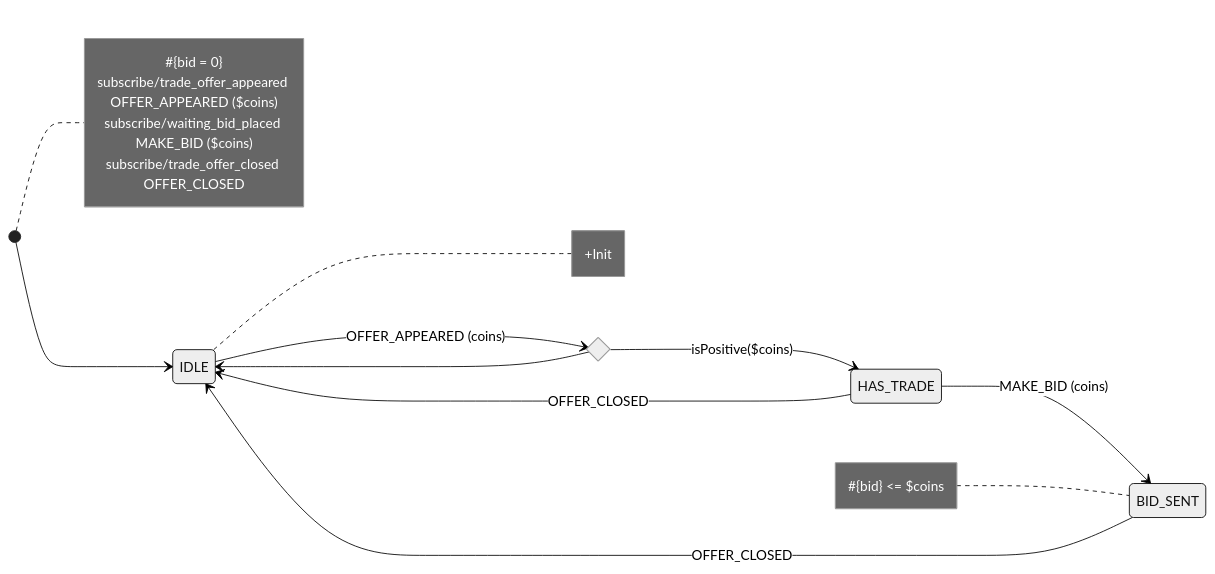
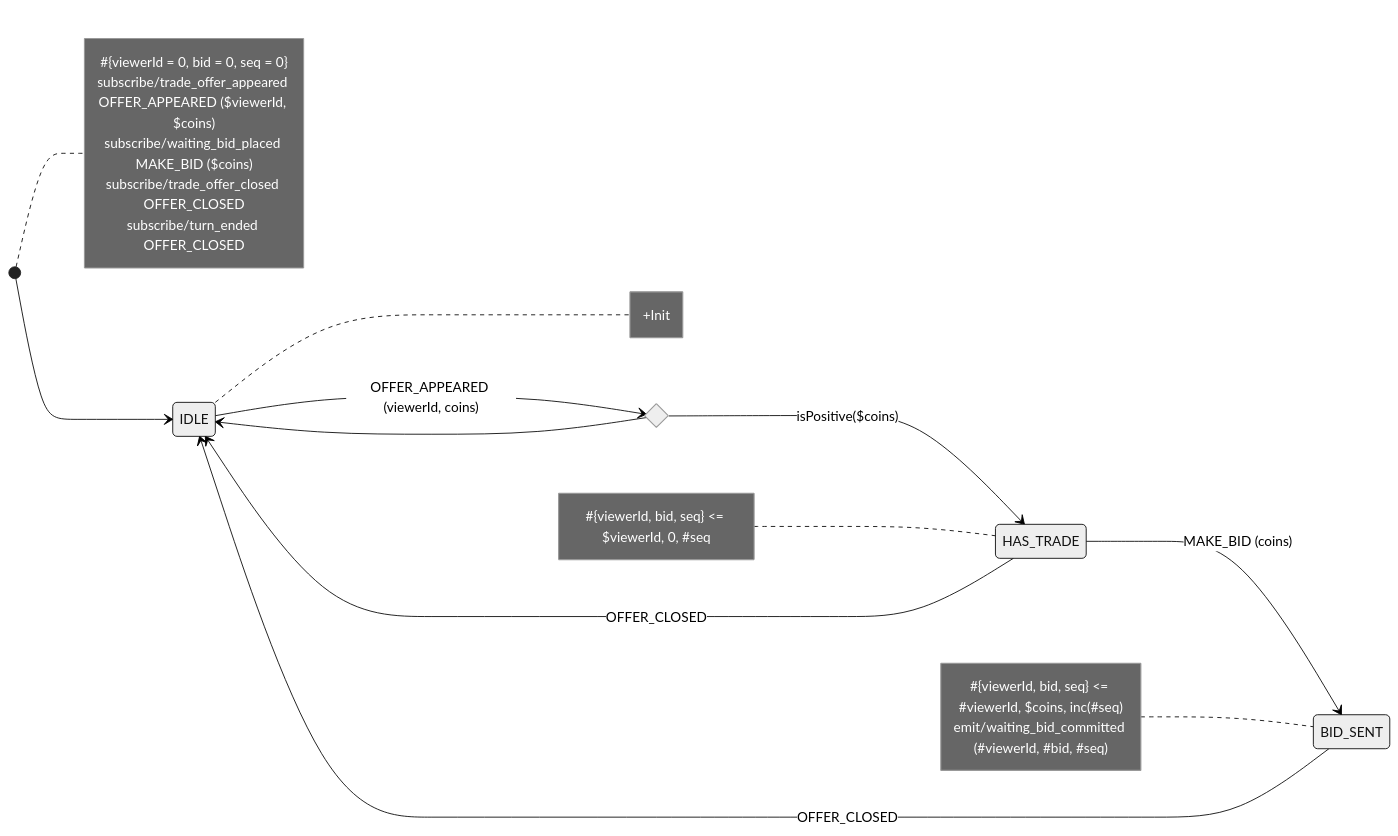
Before and after one commit to tfcp68/battle-farm: the diagram in src/shared/lib/fsm/diagrams/waiting.mermaid, drawn with Mermaid (neutral theme). The commit also changed 7 other files, not shown here.

First line of the commit message:
refactor(fsm): rewrite turn + 7 phase-machine diagrams for the new engine

```diff
--- a/src/shared/lib/fsm/diagrams/waiting.mermaid
+++ b/src/shared/lib/fsm/diagrams/waiting.mermaid
@@ -1,25 +1,31 @@
 stateDiagram-v2
     direction LR
     [*] --> IDLE
     state hasMoney <<choice>>
-    IDLE --> hasMoney: OFFER_APPEARED (coins)
+    IDLE --> hasMoney: OFFER_APPEARED (viewerId, coins)
     hasMoney --> HAS_TRADE: isPositive($coins)
     hasMoney --> IDLE
     HAS_TRADE --> BID_SENT: MAKE_BID (coins)
     HAS_TRADE --> IDLE: OFFER_CLOSED
     BID_SENT --> IDLE: OFFER_CLOSED
 
 note right of IDLE
 +Init
 end note
 
 note right of [*]
-#{bid = 0}
-subscribe/trade_offer_appeared OFFER_APPEARED ($coins)
+#{viewerId = 0, bid = 0, seq = 0}
+subscribe/trade_offer_appeared OFFER_APPEARED ($viewerId, $coins)
 subscribe/waiting_bid_placed MAKE_BID ($coins)
 subscribe/trade_offer_closed OFFER_CLOSED
+subscribe/turn_ended OFFER_CLOSED
+end note
+
+note left of HAS_TRADE
+#{viewerId, bid, seq} <= $viewerId, 0, #seq
 end note
 
 note left of BID_SENT
-#{bid} <= $coins
+#{viewerId, bid, seq} <= #viewerId, $coins, inc(#seq)
+emit/waiting_bid_committed (#viewerId, #bid, #seq)
 end note
```
